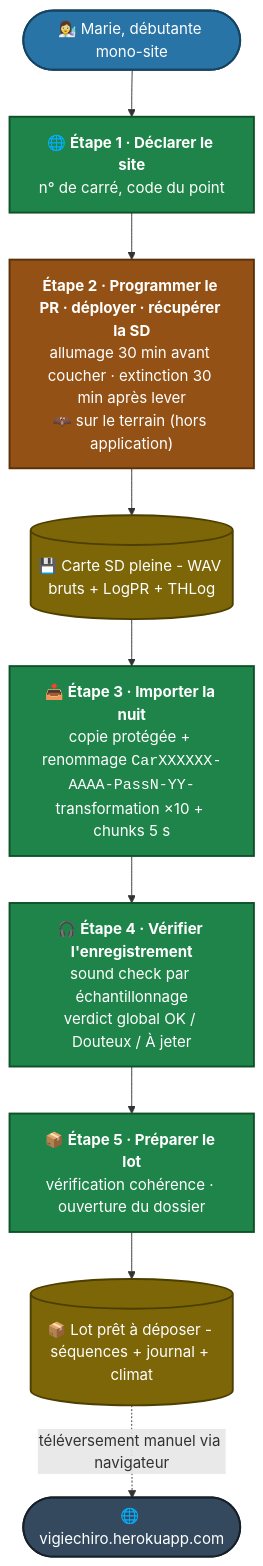
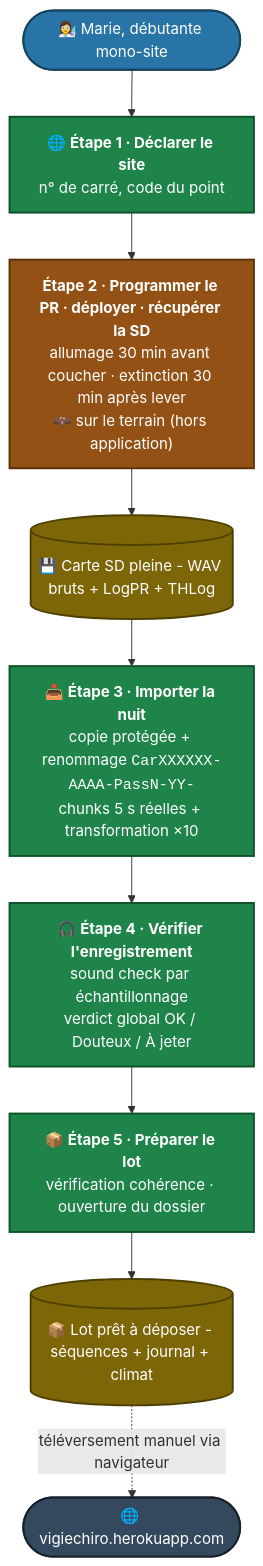
One commit to IUTInfoAix-S201/brief changed the diagram in docs/Analyse et conception/Parcours utilisateurs/P0 - plein écran.md. Above: the diagram before and after it, drawn with Mermaid. The commit also changed other lines of this file and 10 other files, not shown here.

````diff
--- a/docs/Analyse et conception/Parcours utilisateurs/P0 - plein écran.md
+++ b/docs/Analyse et conception/Parcours utilisateurs/P0 - plein écran.md
@@ -31,32 +31,32 @@
 ```mermaid
 %%{init: {"themeCSS": ".nodeLabel, .nodeLabel p, .nodeLabel span { color: #fff !important; fill: #fff !important; }"}}%%
 flowchart TB
     Marie(["👩‍🔬 Marie, débutante mono-site"])
     Marie --> S1
     S1["🌐 <b>Étape 1 · Déclarer le site</b><br/>n° de carré, code du point"]
     S1 --> S2
     S2["<b>Étape 2 · Programmer le PR · déployer · récupérer la SD</b><br/>allumage 30 min avant coucher · extinction 30 min après lever<br/>🦇 sur le terrain (hors application)"]
     S2 --> SD
     SD[("💾 Carte SD pleine - WAV bruts + LogPR + THLog")]
     SD --> S3
-    S3["📥 <b>Étape 3 · Importer la nuit</b><br/>copie protégée + renommage <code>CarXXXXXX-AAAA-PassN-YY-</code><br/>transformation ×10 + chunks 5 s"]
+    S3["📥 <b>Étape 3 · Importer la nuit</b><br/>copie protégée + renommage <code>CarXXXXXX-AAAA-PassN-YY-</code><br/>chunks 5 s réelles + transformation ×10"]
     S3 --> S4
     S4["🎧 <b>Étape 4 · Vérifier l'enregistrement</b><br/>sound check par échantillonnage<br/>verdict global OK / Douteux / À jeter"]
     S4 --> S5
     S5["📦 <b>Étape 5 · Préparer le lot</b><br/>vérification cohérence · ouverture du dossier"]
     S5 --> Lot
     Lot[("📦 Lot prêt à déposer - séquences + journal + climat")]
     Lot -.téléversement manuel via navigateur.-> VC
     VC(["🌐 vigiechiro.herokuapp.com"])
 
     classDef step fill:#1e8449,stroke:#0e5128,color:#fff,stroke-width:2px
     classDef offapp fill:#935116,stroke:#5b3009,color:#fff,stroke-width:2px
     classDef artifact fill:#7d6608,stroke:#4d3f00,color:#fff,stroke-width:2px
     classDef ext fill:#34495e,stroke:#17202a,color:#fff,stroke-width:2px
     classDef actor fill:#2874a6,stroke:#154360,color:#fff,stroke-width:2px
     class S1,S3,S4,S5 step
     class S2 offapp
     class SD,Lot artifact
     class VC ext
     class Marie actor
 ```
````
